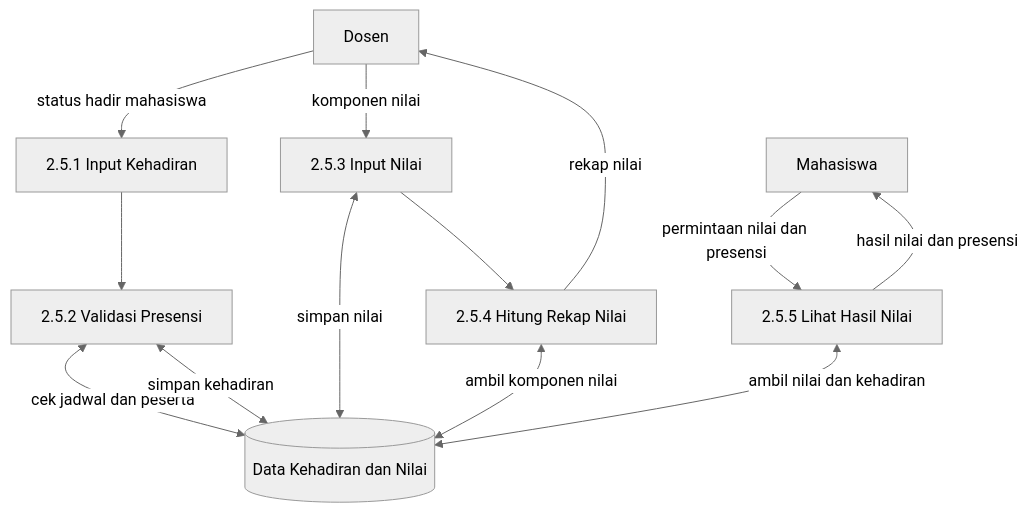
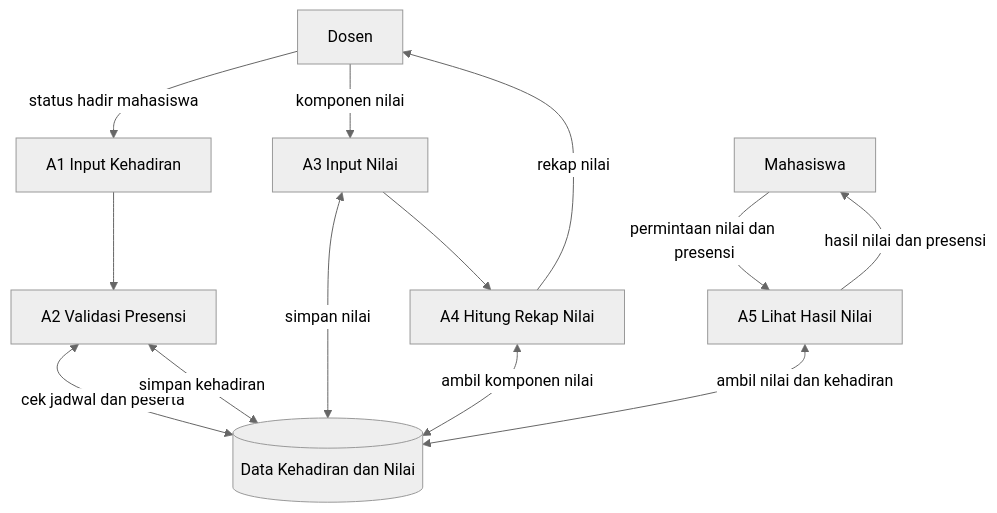
The ninth of 13 diagrams in docs/DFD.md (taufiq1285/sistem-pwa), drawn with Mermaid (neutral theme) before and after one commit. The commit also changed other lines of this file and 69 other files, not shown here.

````diff
--- a/docs/DFD.md
+++ b/docs/DFD.md
@@ -402,25 +470,25 @@
 ```mermaid
 graph TB
     Dosen[Dosen]
     Mahasiswa[Mahasiswa]
     D1[(Data Kehadiran dan Nilai)]
  
-    P7_1[2.5.1 Input Kehadiran]
-    P7_2[2.5.2 Validasi Presensi]
-    P7_3[2.5.3 Input Nilai]
-    P7_4[2.5.4 Hitung Rekap Nilai]
-    P7_5[2.5.5 Lihat Hasil Nilai]
+    P7_1[A1 Input Kehadiran]
+    P7_2[A2 Validasi Presensi]
+    P7_3[A3 Input Nilai]
+    P7_4[A4 Hitung Rekap Nilai]
+    P7_5[A5 Lihat Hasil Nilai]
  
     Dosen -->|status hadir mahasiswa| P7_1
     P7_1 --> P7_2
     P7_2 <-->|cek jadwal dan peserta| D1
     P7_2 <-->|simpan kehadiran| D1
     Dosen -->|komponen nilai| P7_3
     P7_3 <-->|simpan nilai| D1
     P7_3 --> P7_4
     P7_4 <-->|ambil komponen nilai| D1
     P7_4 -->|rekap nilai| Dosen
     Mahasiswa -->|permintaan nilai dan presensi| P7_5
     P7_5 <-->|ambil nilai dan kehadiran| D1
     P7_5 -->|hasil nilai dan presensi| Mahasiswa
 ```
````
